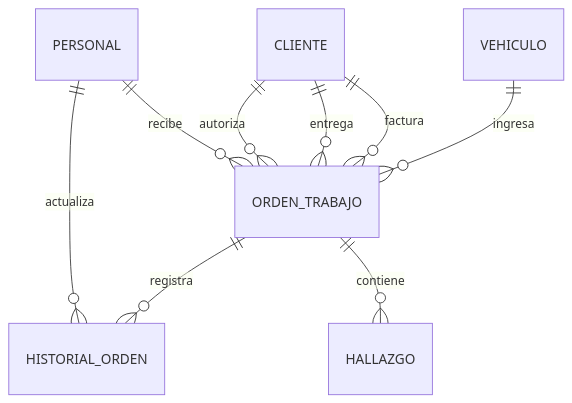
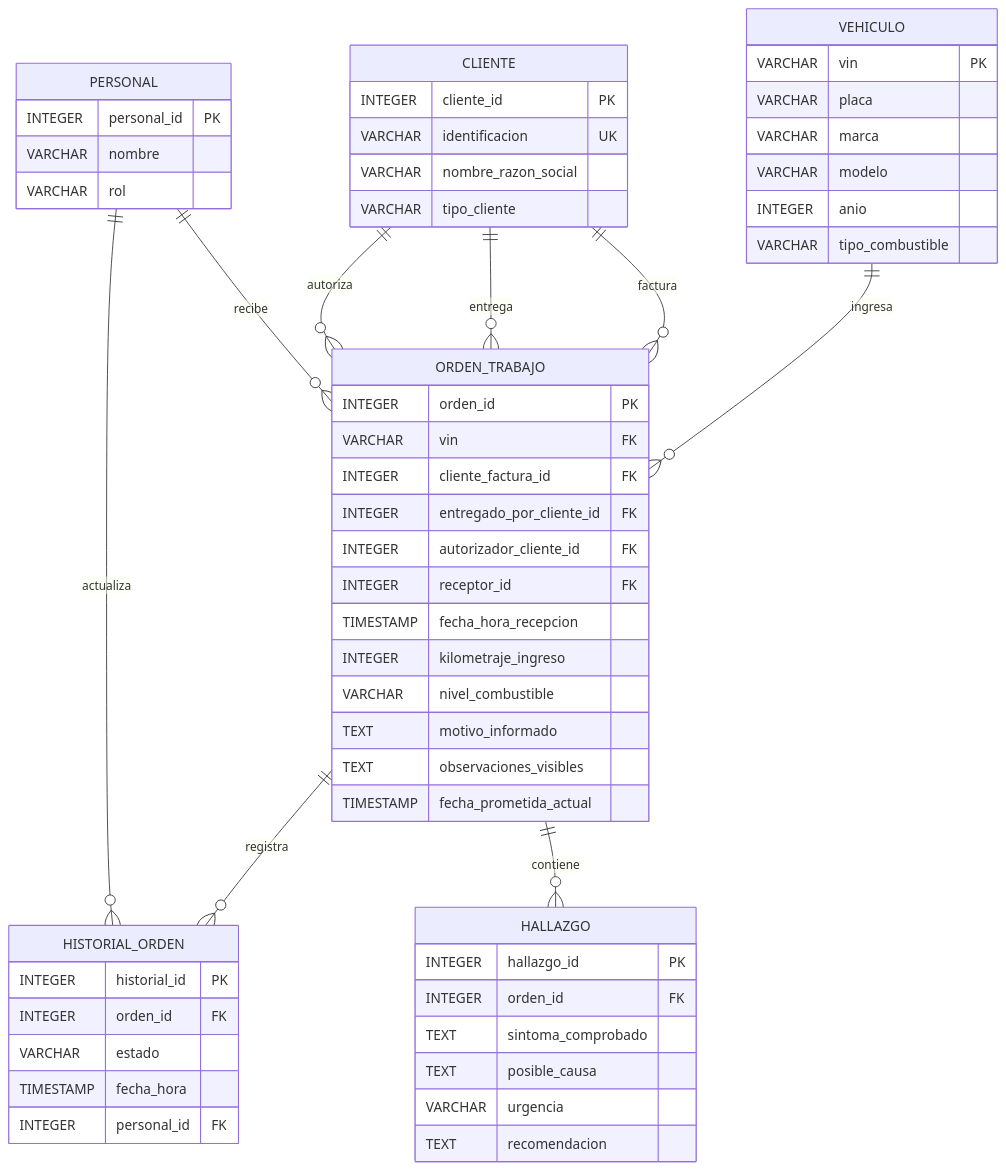
One commit to jcortess/bd1-2026-2s changed the diagram in lab03/grupo-02/README.md. Above: the diagram before and after it, drawn with Mermaid. The commit also changed other lines of this file, not shown here.

Commit message:
Actualiza modelo logico y evidencias en README

````diff
--- a/lab03/grupo-02/README.md
+++ b/lab03/grupo-02/README.md
@@ -61,11 +61,67 @@
 ```mermaid
+
 erDiagram
+    CLIENTE {
+        INTEGER cliente_id PK
+        VARCHAR identificacion UK
+        VARCHAR nombre_razon_social
+        VARCHAR tipo_cliente
+    }
+
+    VEHICULO {
+        VARCHAR vin PK
+        VARCHAR placa
+        VARCHAR marca
+        VARCHAR modelo
+        INTEGER anio
+        VARCHAR tipo_combustible
+    }
+
+    PERSONAL {
+        INTEGER personal_id PK
+        VARCHAR nombre
+        VARCHAR rol
+    }
+
+    ORDEN_TRABAJO {
+        INTEGER orden_id PK
+        VARCHAR vin FK
+        INTEGER cliente_factura_id FK
+        INTEGER entregado_por_cliente_id FK
+        INTEGER autorizador_cliente_id FK
+        INTEGER receptor_id FK
+        TIMESTAMP fecha_hora_recepcion
+        INTEGER kilometraje_ingreso
+        VARCHAR nivel_combustible
+        TEXT motivo_informado
+        TEXT observaciones_visibles
+        TIMESTAMP fecha_prometida_actual
+    }
+
+    HISTORIAL_ORDEN {
+        INTEGER historial_id PK
+        INTEGER orden_id FK
+        VARCHAR estado
+        TIMESTAMP fecha_hora
+        INTEGER personal_id FK
+    }
+
+    HALLAZGO {
+        INTEGER hallazgo_id PK
+        INTEGER orden_id FK
+        TEXT sintoma_comprobado
+        TEXT posible_causa
+        VARCHAR urgencia
+        TEXT recomendacion
+    }
+
     VEHICULO ||--o{ ORDEN_TRABAJO : ingresa
     CLIENTE ||--o{ ORDEN_TRABAJO : factura
     CLIENTE ||--o{ ORDEN_TRABAJO : entrega
     CLIENTE ||--o{ ORDEN_TRABAJO : autoriza
     PERSONAL ||--o{ ORDEN_TRABAJO : recibe
     ORDEN_TRABAJO ||--o{ HISTORIAL_ORDEN : registra
     PERSONAL ||--o{ HISTORIAL_ORDEN : actualiza
     ORDEN_TRABAJO ||--o{ HALLAZGO : contiene
+
 ```
````
